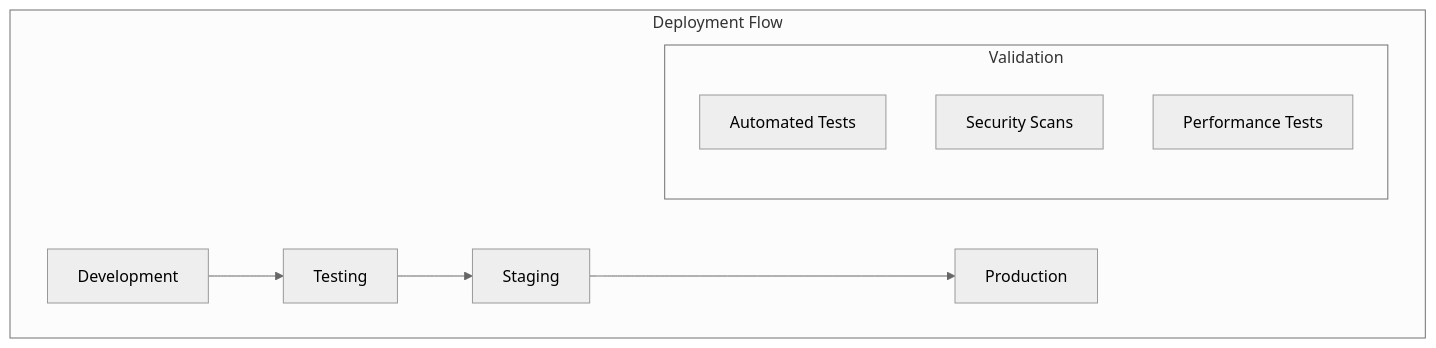
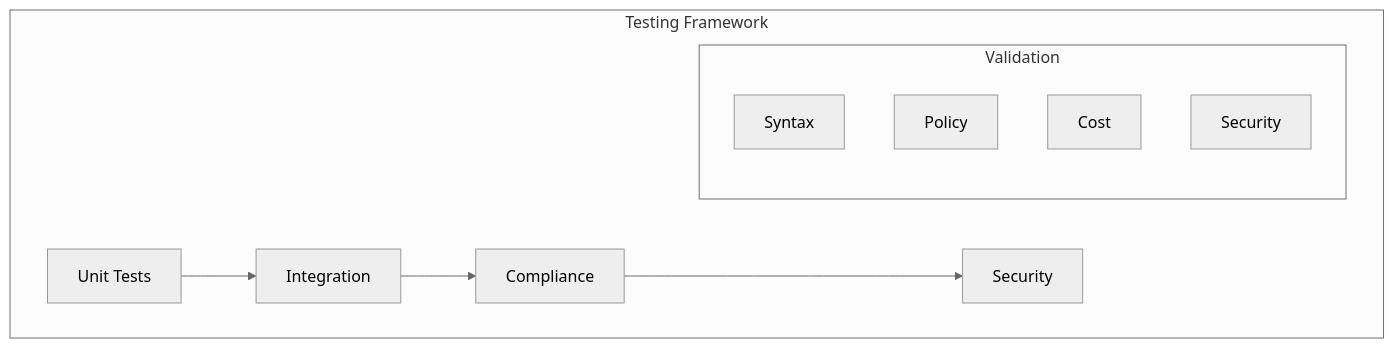
Before and after one commit to saravanakumarrc/Architecture_Journey: the fourth of 4 diagrams in src/Infrastructure_as_Code_Principles.md, drawn with Mermaid (neutral theme). The commit also changed other lines of this file and 3 other files, not shown here.

````diff
--- a/src/Infrastructure_as_Code_Principles.md
+++ b/src/Infrastructure_as_Code_Principles.md
@@ -245,16 +206,15 @@
 ```mermaid
-graph LR
-    subgraph "Deployment Flow"
-        direction LR
-        
-        Dev[Development] --> Test[Testing]
-        Test --> Stage[Staging]
-        Stage --> Prod[Production]
+graph TB
+    subgraph "Testing Framework"
+        U[Unit Tests] --> I[Integration]
+        I --> C[Compliance]
+        C --> S[Security]
         
         subgraph "Validation"
-            V1[Automated Tests]
-            V2[Security Scans]
-            V3[Performance Tests]
+            SYNTAX[Syntax]
+            POLICY[Policy]
+            COST[Cost]
+            SECURITY[Security]
         end
     end
 ```
````
